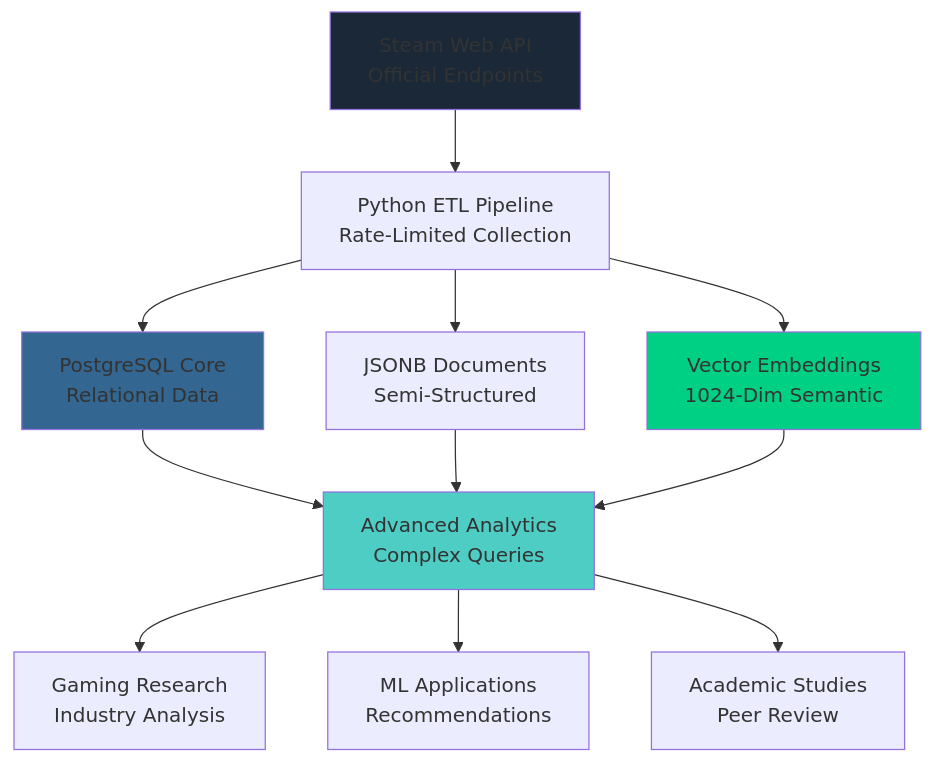
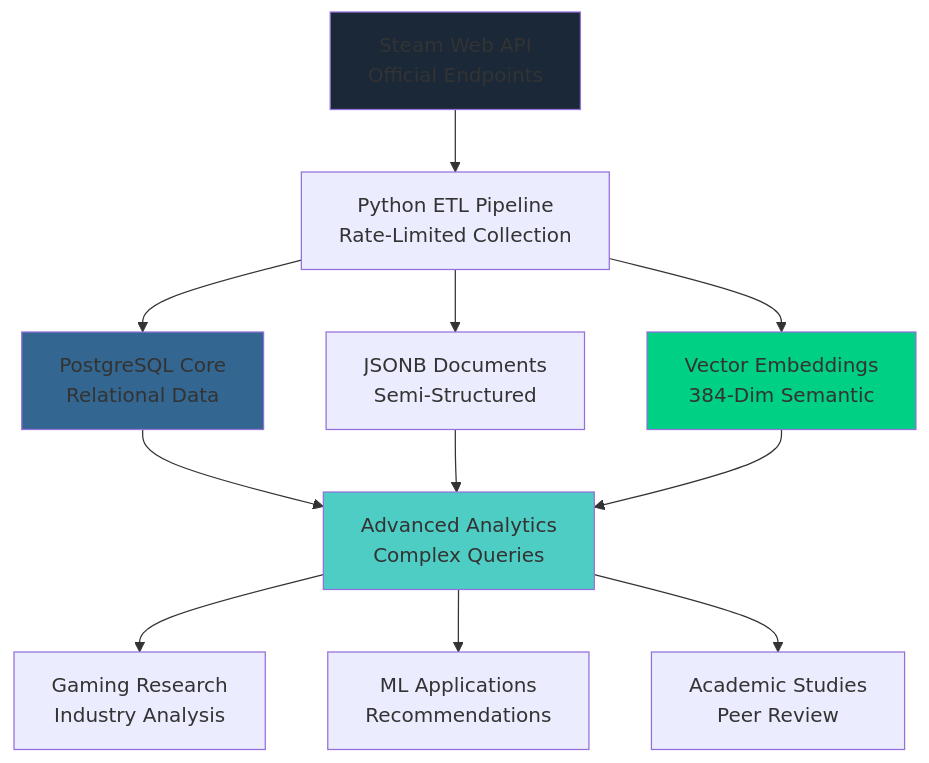
Before and after one commit to vintagedon/steam-dataset-2025: the diagram in README.md, drawn with Mermaid. The commit also changed other lines of this file and 84 other files, not shown here.

````diff
--- a/README.md
+++ b/README.md
@@ -121,20 +120,20 @@
 ```mermaid
 graph TD
     A[Steam Web API<br/>Official Endpoints] --> B[Python ETL Pipeline<br/>Rate-Limited Collection]
     B --> C[PostgreSQL Core<br/>Relational Data]
     B --> D[JSONB Documents<br/>Semi-Structured]
-    B --> E[Vector Embeddings<br/>1024-Dim Semantic]
+    B --> E[Vector Embeddings<br/>384-Dim Semantic]
     
     C --> F[Advanced Analytics<br/>Complex Queries]
     D --> F
     E --> F
     
     F --> G[Gaming Research<br/>Industry Analysis]
     F --> H[ML Applications<br/>Recommendations]
     F --> I[Academic Studies<br/>Peer Review]
     
     style A fill:#1b2838
     style C fill:#336791
     style E fill:#00d084
     style F fill:#4ecdc4
 ```
````
